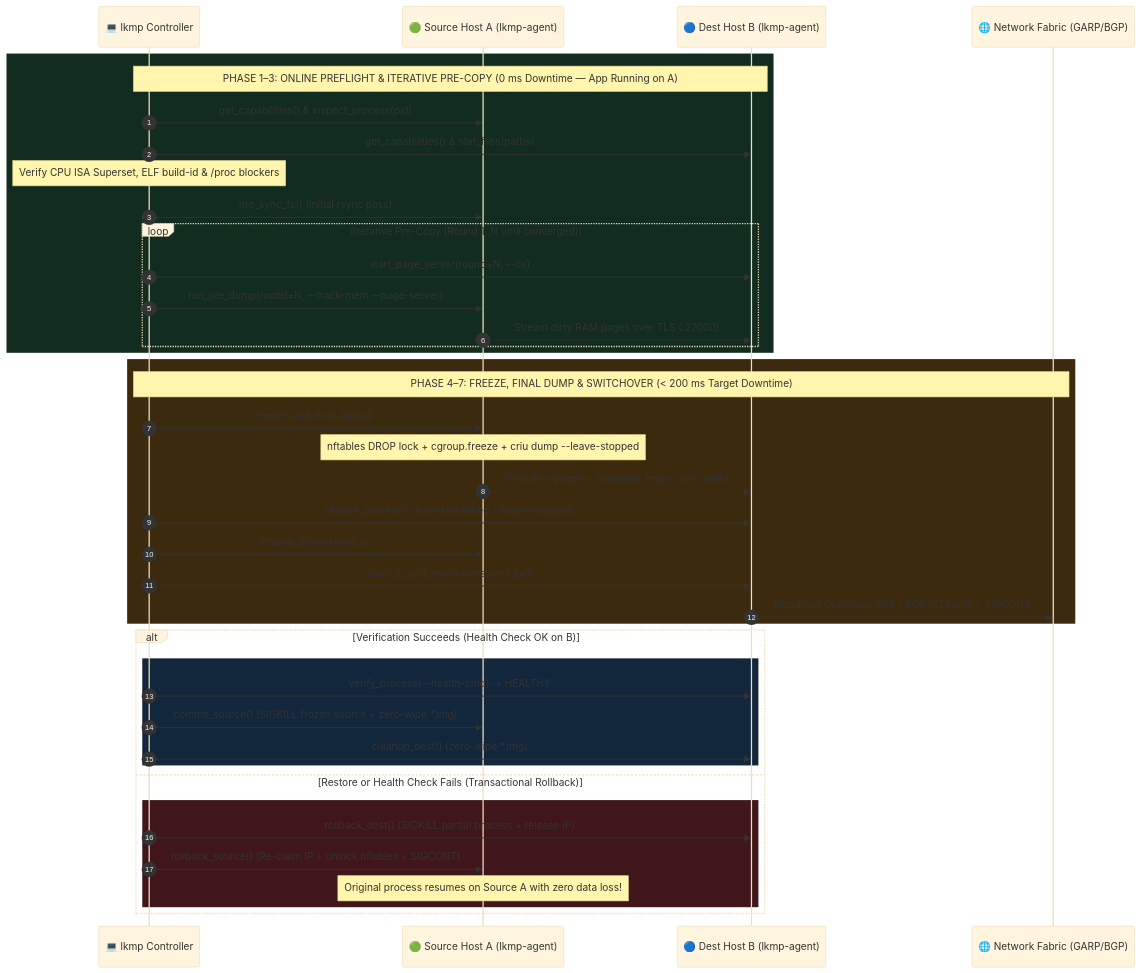
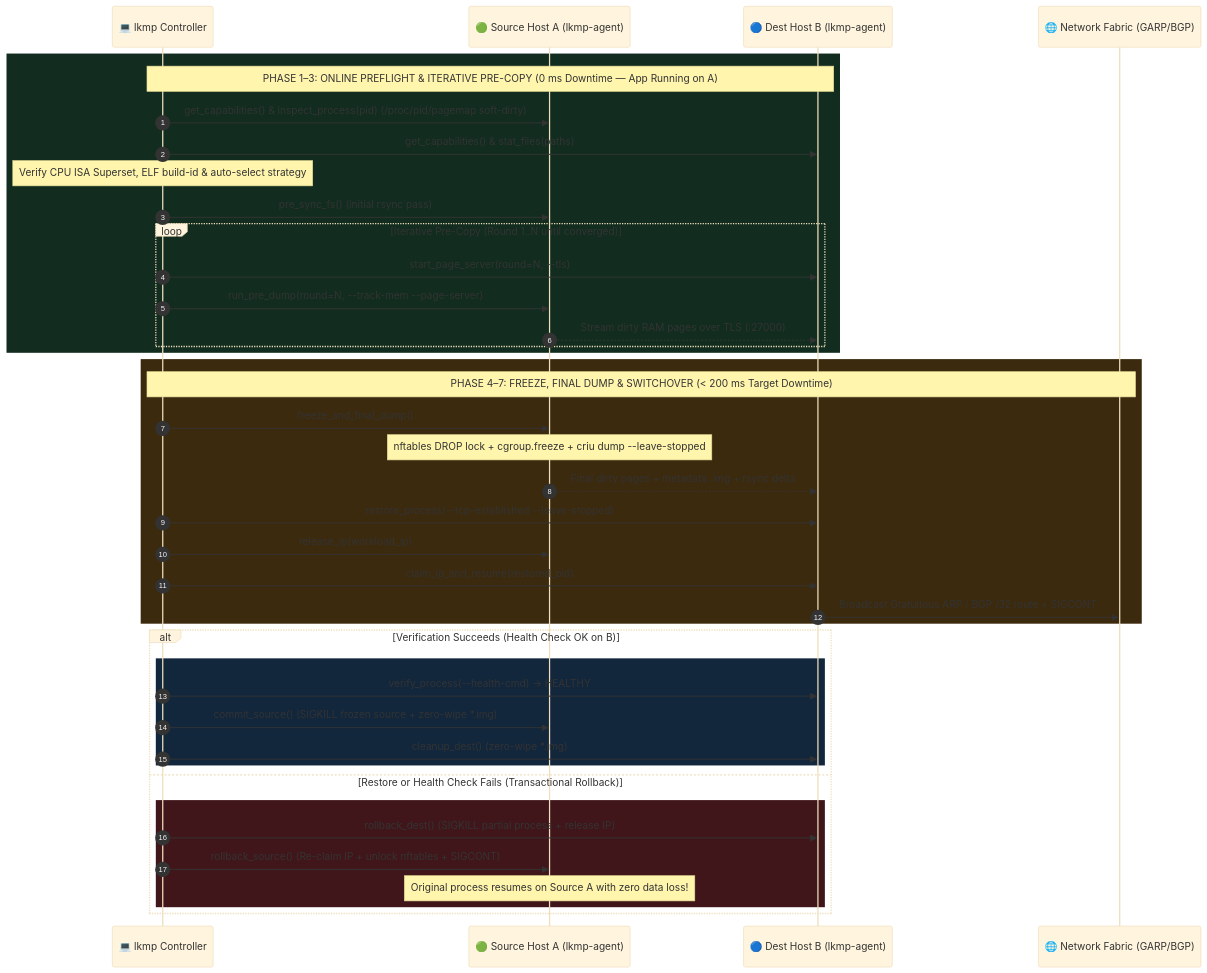
Before and after one commit to xsub/LKMP: the first of 2 diagrams in README.md, drawn with Mermaid (base theme). The commit also changed other lines of this file and 9 other files, not shown here.

Commit message:
feat: add kernel pagemap soft-dirty profiler, auto-strategy selector, Prometheus telemetry, interactive demo CLI, and GitHub Actions CI

````diff
--- a/README.md
+++ b/README.md
@@ -41,46 +41,46 @@
 ```mermaid
 sequenceDiagram
     autonumber
     participant CLI as 💻 lkmp Controller
     participant A as 🟢 Source Host A (lkmp-agent)
     participant B as 🔵 Dest Host B (lkmp-agent)
     participant NET as 🌐 Network Fabric (GARP/BGP)
 
     rect rgb(18, 45, 31)
     Note over CLI,B: PHASE 1–3: ONLINE PREFLIGHT & ITERATIVE PRE-COPY (0 ms Downtime — App Running on A)
-    CLI->>A: get_capabilities() & inspect_process(pid)
+    CLI->>A: get_capabilities() & inspect_process(pid) (/proc/pid/pagemap soft-dirty)
     CLI->>B: get_capabilities() & stat_files(paths)
-    Note over CLI: Verify CPU ISA Superset, ELF build-id & /proc blockers
+    Note over CLI: Verify CPU ISA Superset, ELF build-id & auto-select strategy
     CLI->>A: pre_sync_fs() (initial rsync pass)
     loop Iterative Pre-Copy (Round 1..N until converged)
         CLI->>B: start_page_server(round=N, --tls)
         CLI->>A: run_pre_dump(round=N, --track-mem --page-server)
         A-->>B: Stream dirty RAM pages over TLS (:27000)
     end
     end
 
     rect rgb(60, 42, 15)
     Note over CLI,NET: PHASE 4–7: FREEZE, FINAL DUMP & SWITCHOVER (< 200 ms Target Downtime)
     CLI->>A: freeze_and_final_dump()
     Note over A: nftables DROP lock + cgroup.freeze + criu dump --leave-stopped
     A-->>B: Final dirty pages + metadata .img + rsync delta
     CLI->>B: restore_process(--tcp-established --leave-stopped)
     CLI->>A: release_ip(workload_ip)
     CLI->>B: claim_ip_and_resume(restored_pid)
     B->>NET: Broadcast Gratuitous ARP / BGP /32 route + SIGCONT
     end
 
     alt Verification Succeeds (Health Check OK on B)
         rect rgb(18, 38, 60)
         CLI->>B: verify_process(--health-cmd) -> HEALTHY
         CLI->>A: commit_source() (SIGKILL frozen source + zero-wipe *.img)
         CLI->>B: cleanup_dest() (zero-wipe *.img)
         end
     else Restore or Health Check Fails (Transactional Rollback)
         rect rgb(65, 22, 26)
         CLI->>B: rollback_dest() (SIGKILL partial process + release IP)
         CLI->>A: rollback_source() (Re-claim IP + unlock nftables + SIGCONT)
         Note over A: Original process resumes on Source A with zero data loss!
         end
     end
 ```
````
